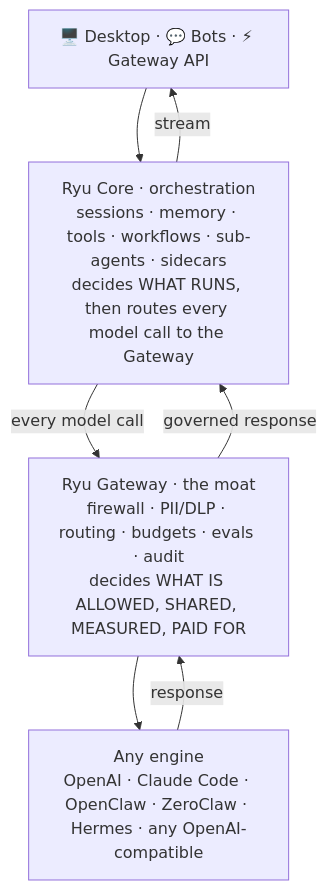
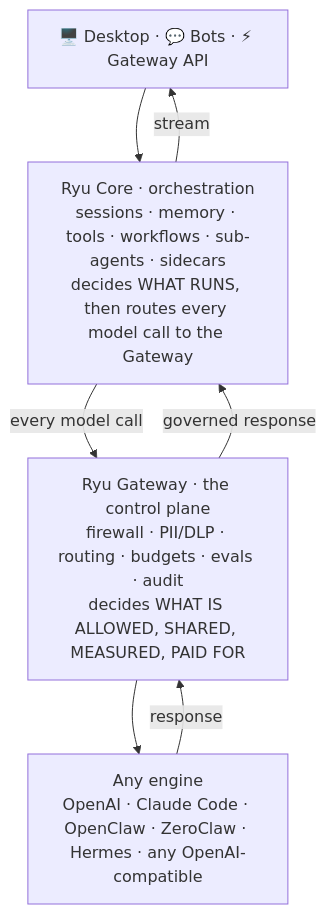
Before and after one commit to amajorai/ryu-docs: the first of 3 diagrams in content/docs/start-here/architecture/why-ryu.mdx, drawn with Mermaid. The commit also changed other lines of this file and 30 other files, not shown here.

````diff
--- a/content/docs/start-here/architecture/why-ryu.mdx
+++ b/content/docs/start-here/architecture/why-ryu.mdx
@@ -48,11 +48,11 @@
 ```mermaid
 flowchart TD
   S["🖥️ Desktop · 💬 Bots · ⚡ Gateway API"] --> C
   C["Ryu Core · orchestration\nsessions · memory · tools · workflows · sub-agents · sidecars\ndecides WHAT RUNS, then routes every model call to the Gateway"]
   C -->|"every model call"| G
-  G["Ryu Gateway · the moat\nfirewall · PII/DLP · routing · budgets · evals · audit\ndecides WHAT IS ALLOWED, SHARED, MEASURED, PAID FOR"]
+  G["Ryu Gateway · the control plane\nfirewall · PII/DLP · routing · budgets · evals · audit\ndecides WHAT IS ALLOWED, SHARED, MEASURED, PAID FOR"]
   G --> E["Any engine\nOpenAI · Claude Code · OpenClaw · ZeroClaw · Hermes · any OpenAI-compatible"]
   E -->|"response"| G
   G -->|"governed response"| C
   C -->|"stream"| S
 ```
````
